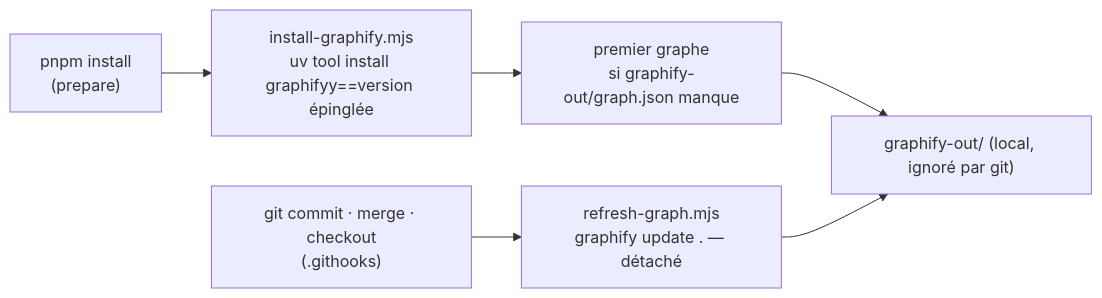
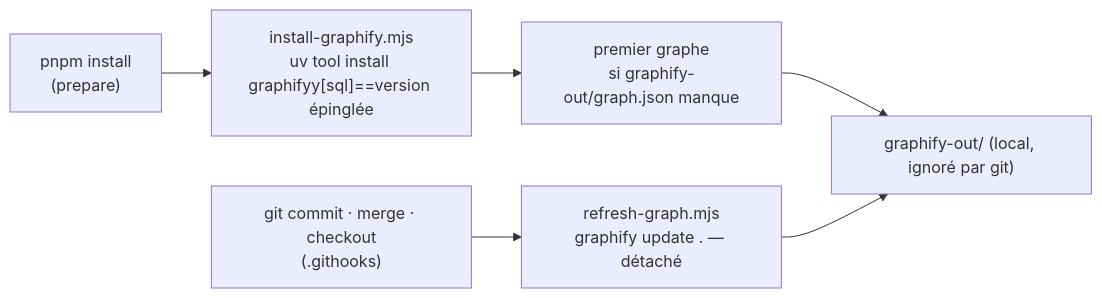
One commit to hugoheynard/lfd changed the diagram in documentation/outillage/graphify.md. Above: the diagram before and after it, drawn with Mermaid. The commit also changed other lines of this file and 6 other files, not shown here.

First line of the commit message:
build(outillage): graphify lit aussi le SQL, Obsidian s'ouvre sur documentation/

````diff
--- a/documentation/outillage/graphify.md
+++ b/documentation/outillage/graphify.md
@@ -13,8 +13,8 @@
 ```mermaid
 flowchart LR
-  I["pnpm install<br/>(prepare)"] --> S["install-graphify.mjs<br/>uv tool install graphifyy==version épinglée"]
+  I["pnpm install<br/>(prepare)"] --> S["install-graphify.mjs<br/>uv tool install graphifyy[sql]==version épinglée"]
   S --> F["premier graphe<br/>si graphify-out/graph.json manque"]
   G["git commit · merge · checkout<br/>(.githooks)"] --> R["refresh-graph.mjs<br/>graphify update . — détaché"]
   F --> O["graphify-out/ (local, ignoré par git)"]
   R --> O
 ```
````
